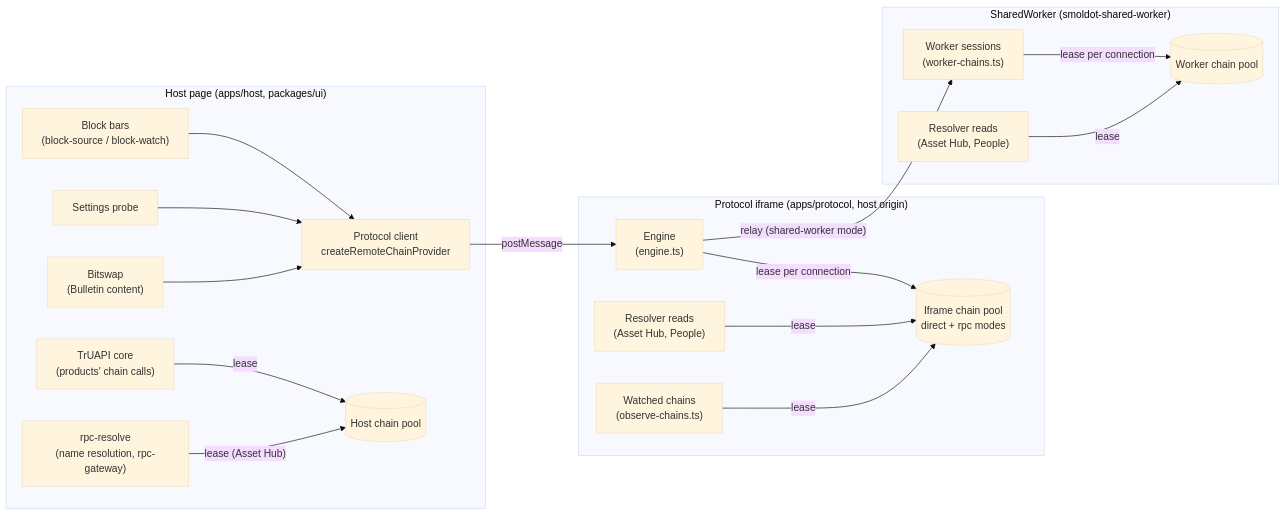
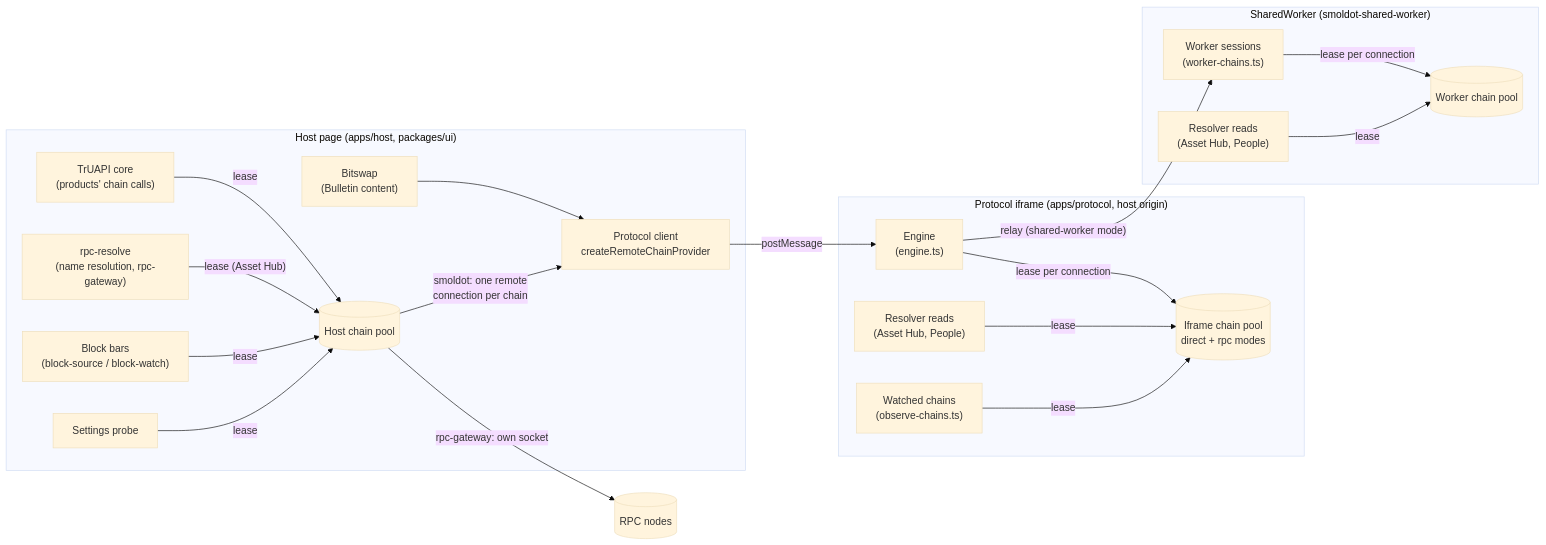
The first of 7 diagrams in docs/chain-connections.md (paritytech/dotli-community), drawn with Mermaid (base theme) before and after one commit. The commit also changed other lines of this file, not shown here.

Commit message:
docs: chain connections without the duplicate light client and sockets

````diff
--- a/docs/chain-connections.md
+++ b/docs/chain-connections.md
@@ -27,38 +33,42 @@
 ```mermaid
 flowchart LR
   subgraph Host["Host page (apps/host, packages/ui)"]
     Core["TrUAPI core<br/>(products' chain calls)"]
     RpcResolve["rpc-resolve<br/>(name resolution, rpc-gateway)"]
     Bars["Block bars<br/>(block-source / block-watch)"]
     Probe["Settings probe"]
     Bitswap["Bitswap<br/>(Bulletin content)"]
     Client["Protocol client<br/>createRemoteChainProvider"]
     HostPool[("Host chain pool")]
   end
 
   subgraph Iframe["Protocol iframe (apps/protocol, host origin)"]
     Engine["Engine<br/>(engine.ts)"]
     IframePool[("Iframe chain pool<br/>direct + rpc modes")]
     Resolver["Resolver reads<br/>(Asset Hub, People)"]
     Observe["Watched chains<br/>(observe-chains.ts)"]
   end
 
   subgraph Worker["SharedWorker (smoldot-shared-worker)"]
     Sessions["Worker sessions<br/>(worker-chains.ts)"]
     WorkerPool[("Worker chain pool")]
     WResolver["Resolver reads<br/>(Asset Hub, People)"]
   end
 
+  Nodes[("RPC nodes")]
+
   Core -- lease --> HostPool
   RpcResolve -- "lease (Asset Hub)" --> HostPool
-  Bars --> Client
-  Probe --> Client
+  Bars -- lease --> HostPool
+  Probe -- lease --> HostPool
+  HostPool -- "rpc-gateway: own socket" --> Nodes
+  HostPool -- "smoldot: one remote<br/>connection per chain" --> Client
   Bitswap --> Client
   Client -- postMessage --> Engine
   Engine -- "lease per connection" --> IframePool
   Resolver -- lease --> IframePool
   Observe -- lease --> IframePool
   Engine -- "relay (shared-worker mode)" --> Sessions
   Sessions -- "lease per connection" --> WorkerPool
   WResolver -- lease --> WorkerPool
 ```
````
